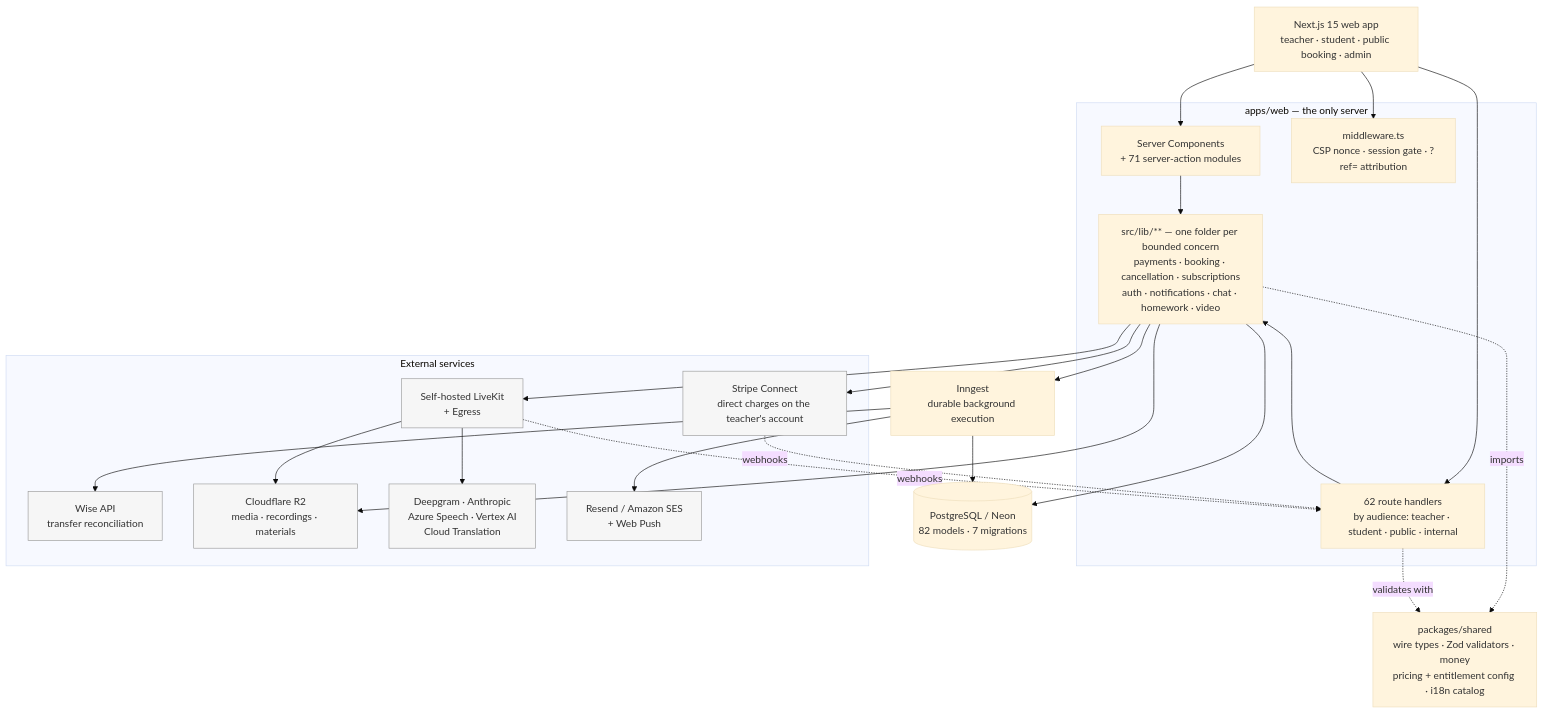
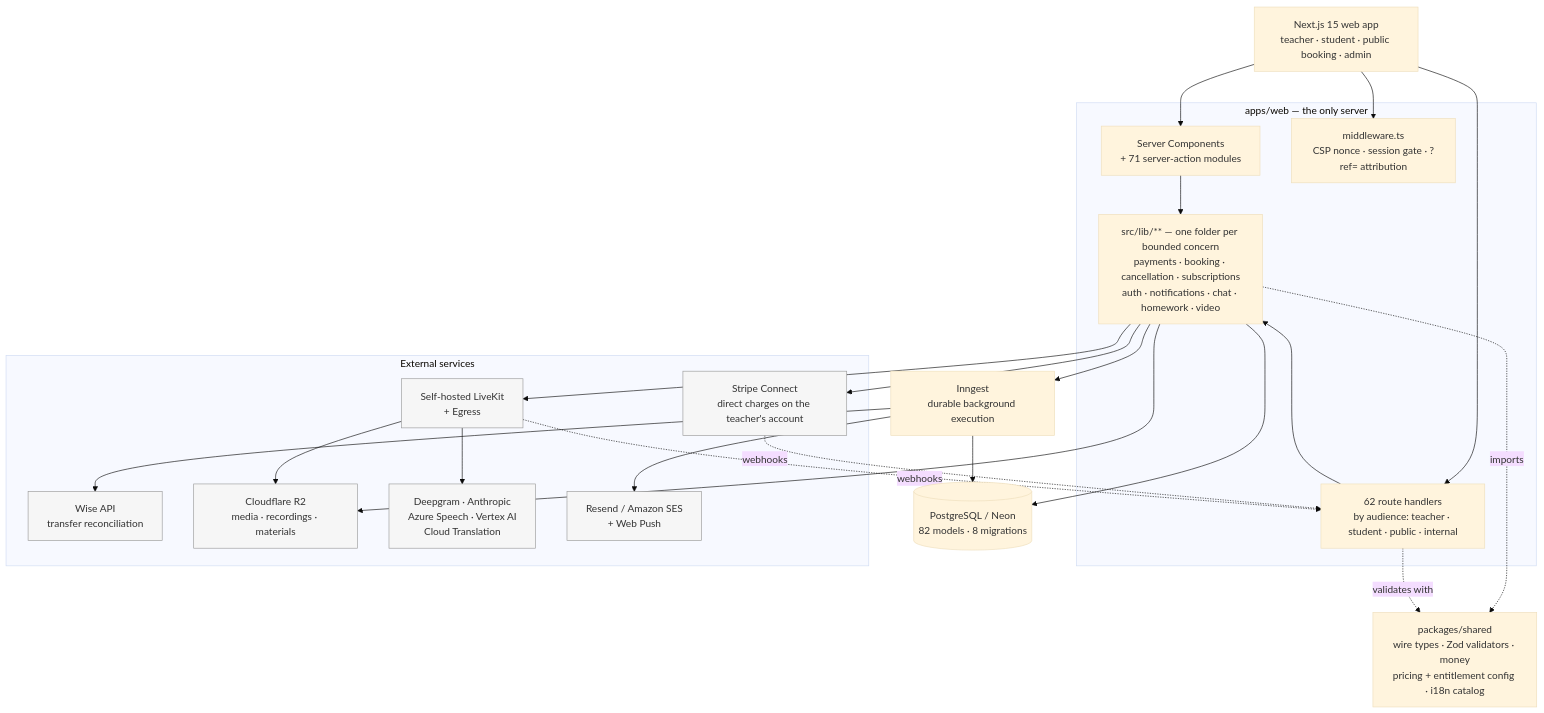
One commit to jaystewartuk/spiralclass changed the first of 2 diagrams in README.md. Above: the diagram before and after it, drawn with Mermaid (base theme). The commit also changed other lines of this file and 19 other files, not shown here.

````diff
--- a/README.md
+++ b/README.md
@@ -131,48 +131,48 @@
 ```mermaid
 graph TB
     WEB["Next.js 15 web app<br/>teacher · student · public booking · admin"]
 
     subgraph app["apps/web — the only server"]
         RSC["Server Components<br/>+ 71 server-action modules"]
         API["62 route handlers<br/>by audience: teacher · student · public · internal"]
         MW["middleware.ts<br/>CSP nonce · session gate · ?ref= attribution"]
         LIB["src/lib/** — one folder per bounded concern<br/>payments · booking · cancellation · subscriptions<br/>auth · notifications · chat · homework · video"]
     end
 
     SH["packages/shared<br/>wire types · Zod validators · money<br/>pricing + entitlement config · i18n catalog"]
 
-    DB[("PostgreSQL / Neon<br/>82 models · 7 migrations")]
+    DB[("PostgreSQL / Neon<br/>82 models · 8 migrations")]
     JOBS["Inngest<br/>durable background execution"]
 
     subgraph external["External services"]
         STRIPE["Stripe Connect<br/>direct charges on the teacher's account"]
         WISE["Wise API<br/>transfer reconciliation"]
         LK["Self-hosted LiveKit<br/>+ Egress"]
         R2["Cloudflare R2<br/>media · recordings · materials"]
         AI["Deepgram · Anthropic<br/>Azure Speech · Vertex AI<br/>Cloud Translation"]
         MAIL["Resend / Amazon SES<br/>+ Web Push"]
     end
 
     WEB --> MW
     WEB --> RSC
     WEB --> API
     RSC --> LIB
     API --> LIB
     LIB --> DB
     LIB --> JOBS
     JOBS --> DB
     JOBS --> MAIL
     LIB --> STRIPE
     JOBS --> WISE
     LIB --> LK
     LK --> R2
     LK --> AI
     LIB --> R2
     LIB -.imports.-> SH
     API -.validates with.-> SH
     STRIPE -.webhooks.-> API
     LK -.webhooks.-> API
 
     classDef ext fill:#f6f6f6,stroke:#999,color:#333
     class STRIPE,WISE,LK,R2,AI,MAIL ext
 ```
````
